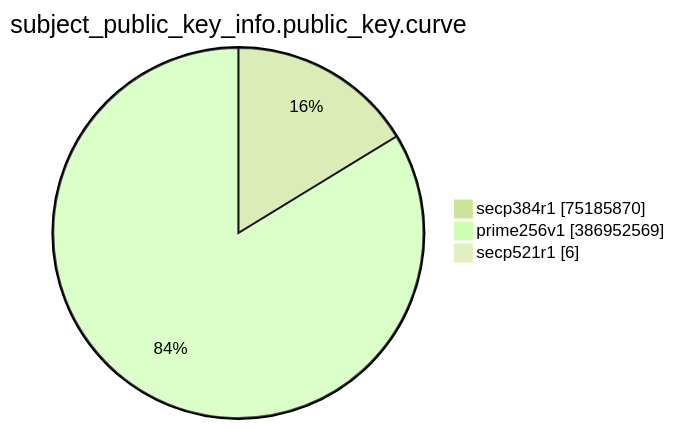
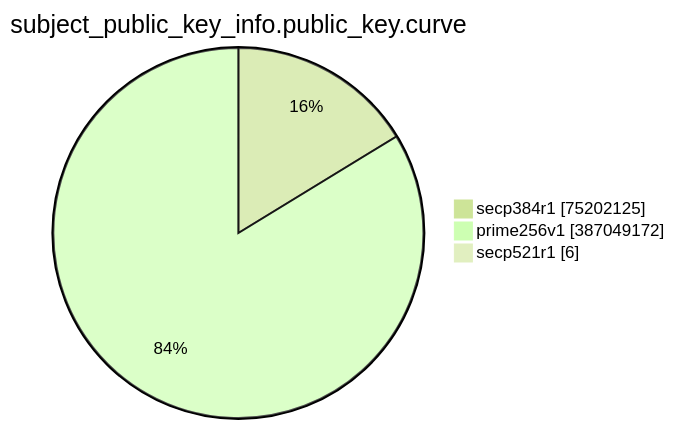
One commit to christiankrug/ctmonitor_visualization changed the eighth of 15 diagrams in TOTAL/README.md. Above: the diagram before and after it, drawn with Mermaid (forest theme). The commit also changed other lines of this file, not shown here.

````diff
--- a/TOTAL/README.md
+++ b/TOTAL/README.md
@@ -3094,7 +3094,7 @@
 ```mermaid
 pie showData
 title subject_public_key_info.public_key.curve
-"secp384r1" :75185870
-"prime256v1" :386952569
+"secp384r1" :75202125
+"prime256v1" :387049172
 "secp521r1" :6
 ```
````
